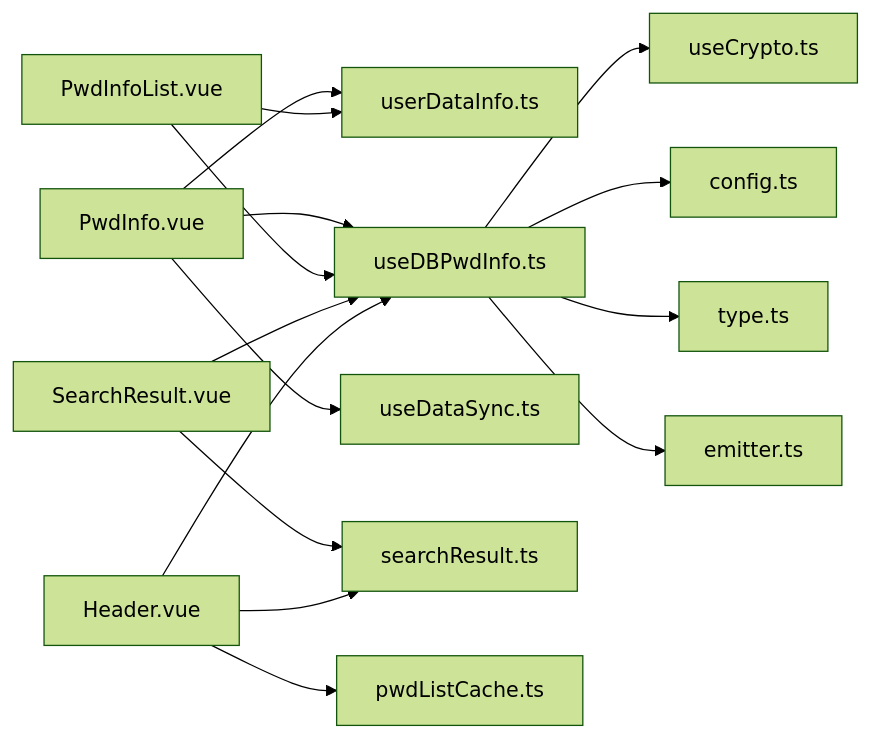
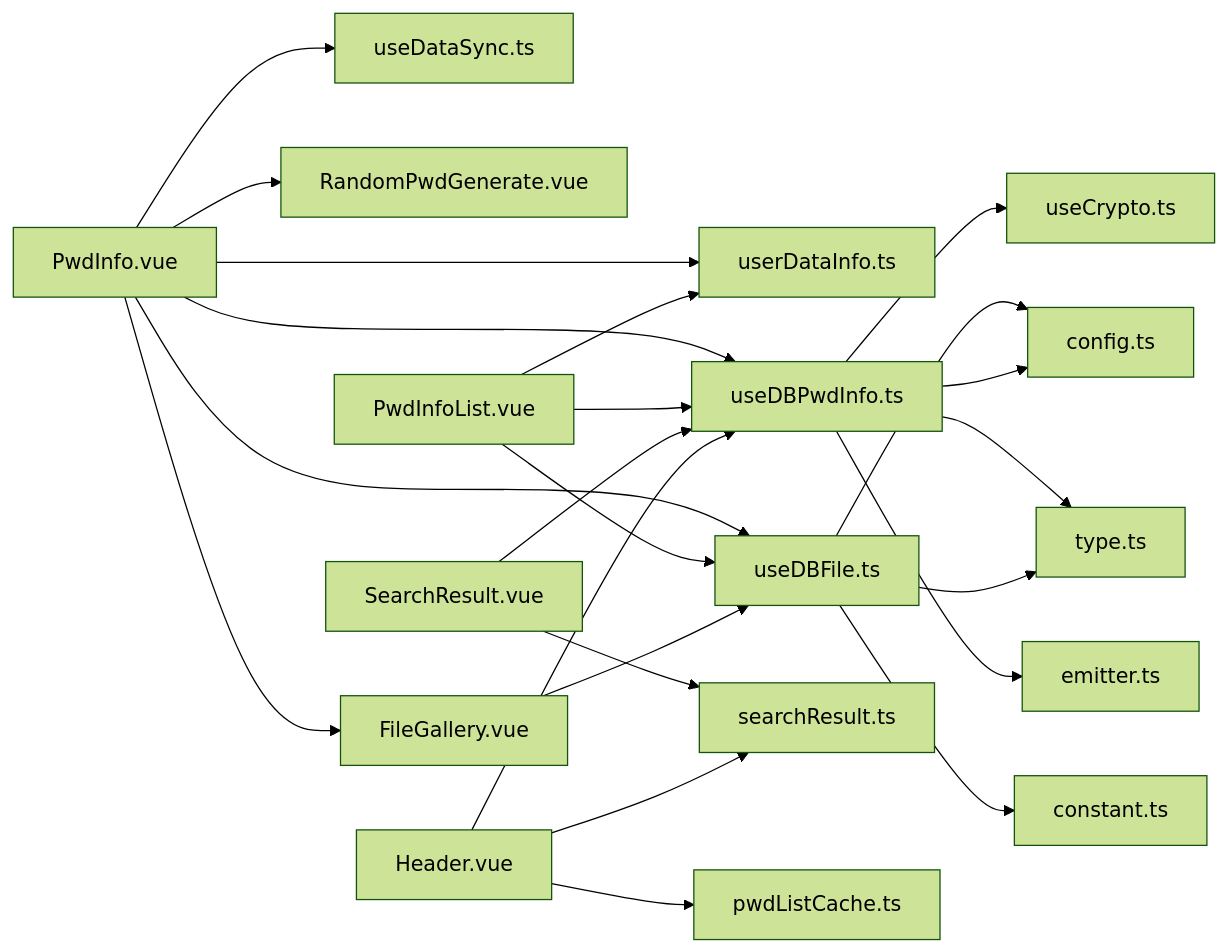
The eighth of 8 diagrams in .qoder/repowiki/zh/content/前端组件系统/密码管理组件.md (scgithub3220216/password-manager), drawn with Mermaid (forest theme) before and after one commit. The commit also changed other lines of this file and 17 other files, not shown here.

````diff
--- a/.qoder/repowiki/zh/content/前端组件系统/密码管理组件.md
+++ b/.qoder/repowiki/zh/content/前端组件系统/密码管理组件.md
@@ -335,17 +443,25 @@
 ```mermaid
 graph LR
 PwdInfo["PwdInfo.vue"] --> Store["userDataInfo.ts"]
 PwdInfo --> Hook["useDBPwdInfo.ts"]
+PwdInfo --> FileHook["useDBFile.ts"]
 PwdInfo --> Sync["useDataSync.ts"]
+PwdInfo --> RandomPwd["RandomPwdGenerate.vue"]
+PwdInfo --> FileGallery["FileGallery.vue"]
 PwdInfoList["PwdInfoList.vue"] --> Store
 PwdInfoList --> Hook
+PwdInfoList --> FileHook
 SearchResult["SearchResult.vue"] --> SearchStore["searchResult.ts"]
 SearchResult --> Hook
 Header["Header.vue"] --> SearchStore
 Header --> Cache["pwdListCache.ts"]
 Header --> Hook
+FileGallery --> FileHook
+FileHook --> Config["config.ts"]
+FileHook --> Const["constant.ts"]
 Hook --> Crypto["useCrypto.ts"]
-Hook --> Config["config.ts"]
+Hook --> Config
 Hook --> Types["type.ts"]
+FileHook --> Types
 Hook --> Emitter["emitter.ts"]
 ```
````
